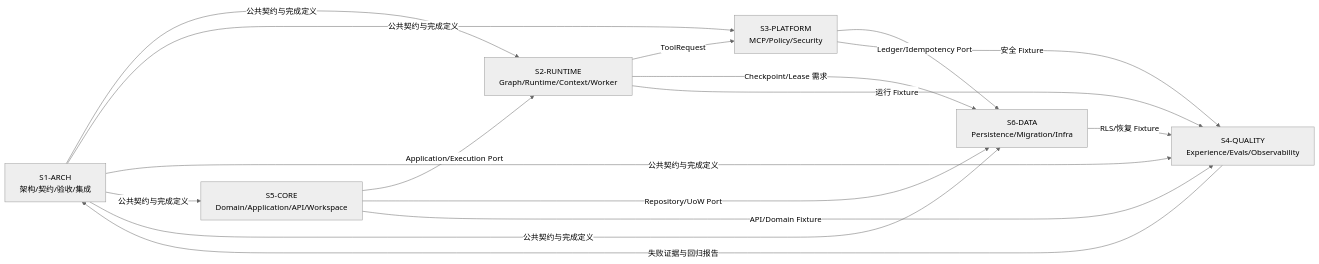
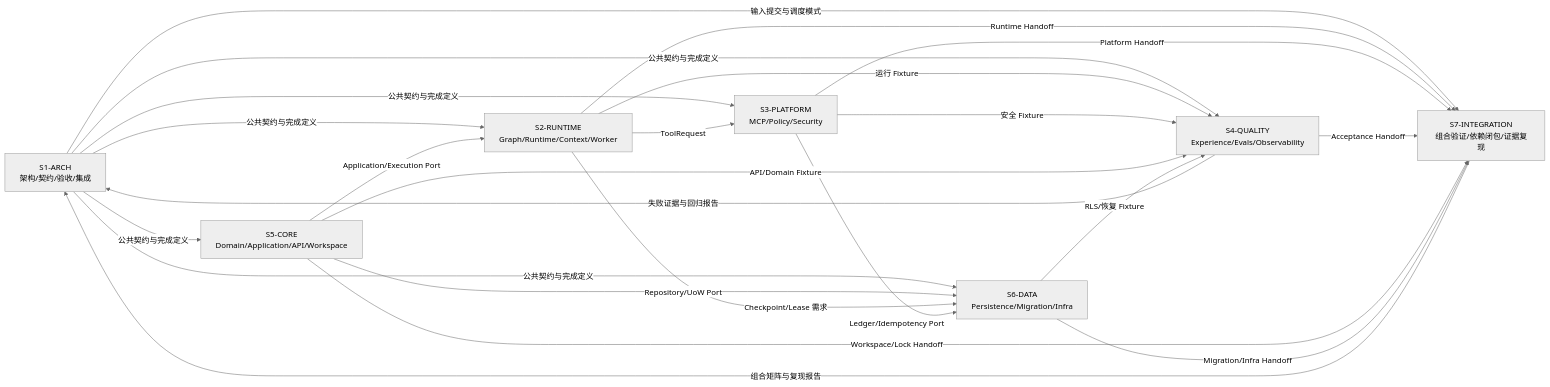
The diagram in docs/team/CODEX_SESSIONS.md (ClayExc/Multi-agent), drawn with Mermaid (neutral theme) before and after one commit. The commit also changed other lines of this file and 9 other files, not shown here.

````diff
--- a/docs/team/CODEX_SESSIONS.md
+++ b/docs/team/CODEX_SESSIONS.md
@@ -9,25 +9,33 @@
 ```mermaid
 flowchart LR
     S1["S1-ARCH<br/>架构/契约/验收/集成"]
     S5["S5-CORE<br/>Domain/Application/API/Workspace"]
     S2["S2-RUNTIME<br/>Graph/Runtime/Context/Worker"]
     S6["S6-DATA<br/>Persistence/Migration/Infra"]
     S3["S3-PLATFORM<br/>MCP/Policy/Security"]
     S4["S4-QUALITY<br/>Experience/Evals/Observability"]
+    S7["S7-INTEGRATION<br/>组合验证/依赖闭包/证据复现"]
 
     S1 -->|"公共契约与完成定义"| S2
     S1 -->|"公共契约与完成定义"| S3
     S1 -->|"公共契约与完成定义"| S4
     S1 -->|"公共契约与完成定义"| S5
     S1 -->|"公共契约与完成定义"| S6
+    S1 -->|"输入提交与调度模式"| S7
     S5 -->|"Application/Execution Port"| S2
     S5 -->|"Repository/UoW Port"| S6
     S2 -->|"ToolRequest"| S3
     S2 -->|"Checkpoint/Lease 需求"| S6
     S3 -->|"Ledger/Idempotency Port"| S6
     S2 -->|"运行 Fixture"| S4
     S3 -->|"安全 Fixture"| S4
     S5 -->|"API/Domain Fixture"| S4
     S6 -->|"RLS/恢复 Fixture"| S4
     S4 -->|"失败证据与回归报告"| S1
+    S2 -->|"Runtime Handoff"| S7
+    S3 -->|"Platform Handoff"| S7
+    S4 -->|"Acceptance Handoff"| S7
+    S5 -->|"Workspace/Lock Handoff"| S7
+    S6 -->|"Migration/Infra Handoff"| S7
+    S7 -->|"组合矩阵与复现报告"| S1
 ```
````
